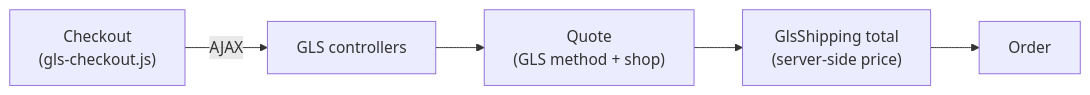
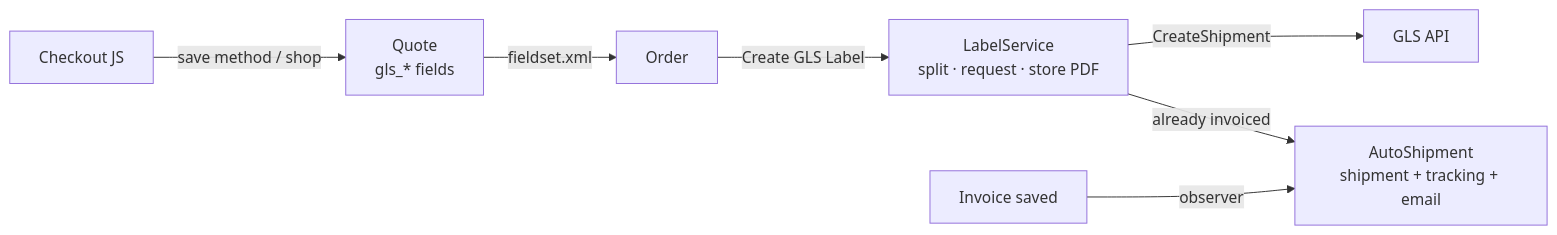
The diagram in README.md (DritonCa/softcode-magento2-gls), drawn with Mermaid before and after one commit. The commit also changed other lines of this file and 49 other files, not shown here.

First line of the commit message:
Release 2.0.0: labels, auto-shipment, tracking and extension points

````diff
--- a/README.md
+++ b/README.md
@@ -47,7 +121,9 @@
 ```mermaid
 flowchart LR
-    JS["Checkout<br/>(gls-checkout.js)"] -->|AJAX| C["GLS controllers"]
-    C --> Q["Quote<br/>(GLS method + shop)"]
-    Q --> T["GlsShipping total<br/>(server-side price)"]
-    T --> O["Order"]
+    C["Checkout JS"] -->|save method / shop| Q["Quote<br/>gls_* fields"]
+    Q -->|fieldset.xml| O["Order"]
+    O -->|Create GLS Label| L["LabelService<br/>split · request · store PDF"]
+    L -->|CreateShipment| G["GLS API"]
+    I["Invoice saved"] -->|observer| S["AutoShipment<br/>shipment + tracking + email"]
+    L -->|already invoiced| S
 ```
````
